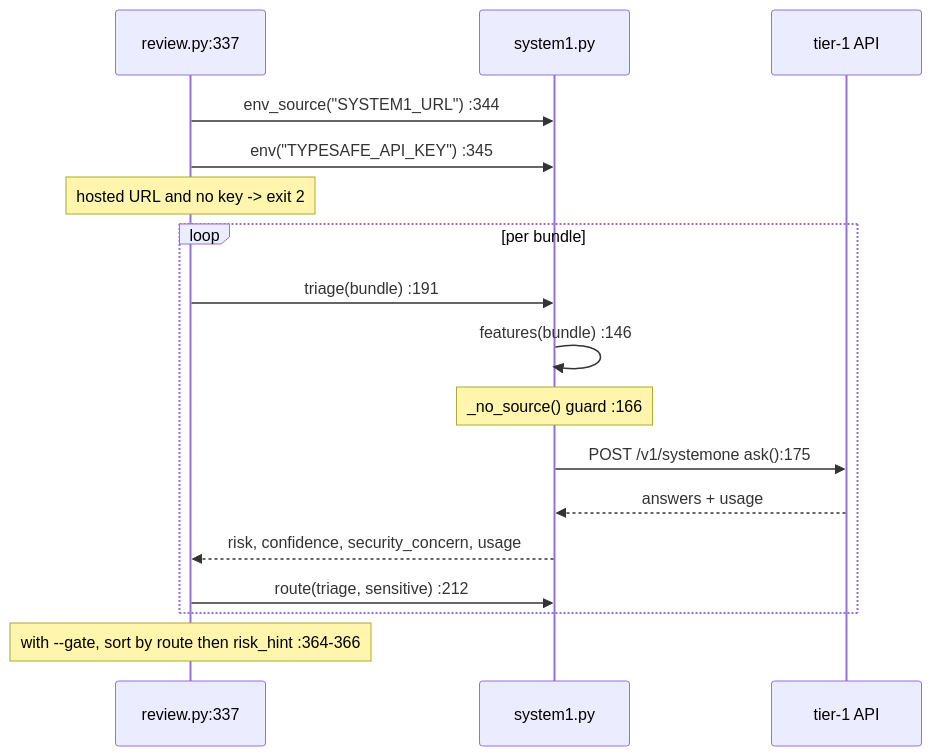
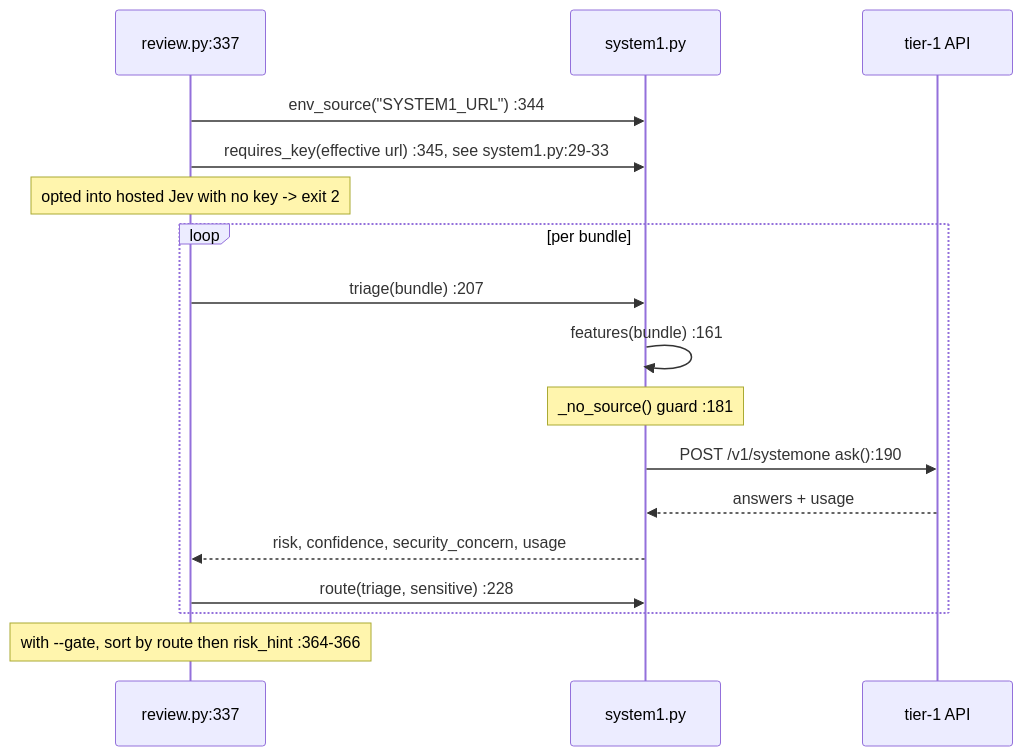
One commit to liem18112000/graph-code-review-agent changed the second of 4 diagrams in docs/call-flow.md. Above: the diagram before and after it, drawn with Mermaid. The commit also changed other lines of this file and 8 other files, not shown here.

````diff
--- a/docs/call-flow.md
+++ b/docs/call-flow.md
@@ -190,20 +190,20 @@
 ```mermaid
 sequenceDiagram
     participant R as review.py:337
     participant S as system1.py
     participant J as tier-1 API
 
     R->>S: env_source("SYSTEM1_URL") :344
-    R->>S: env("TYPESAFE_API_KEY") :345
-    Note over R: hosted URL and no key -> exit 2
+    R->>S: requires_key(effective url) :345, see system1.py:29-33
+    Note over R: opted into hosted Jev with no key -> exit 2
     loop per bundle
-        R->>S: triage(bundle) :191
-        S->>S: features(bundle) :146
-        Note over S: _no_source() guard :166
-        S->>J: POST /v1/systemone  ask():175
+        R->>S: triage(bundle) :207
+        S->>S: features(bundle) :161
+        Note over S: _no_source() guard :181
+        S->>J: POST /v1/systemone  ask():190
         J-->>S: answers + usage
         S-->>R: risk, confidence, security_concern, usage
-        R->>S: route(triage, sensitive) :212
+        R->>S: route(triage, sensitive) :228
     end
     Note over R: with --gate, sort by route then risk_hint :364-366
 ```
````
